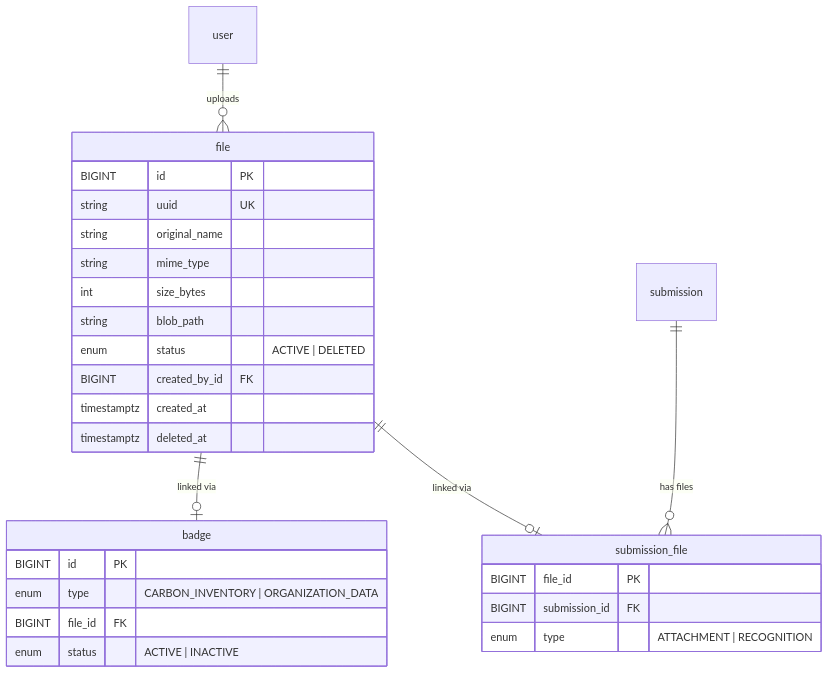
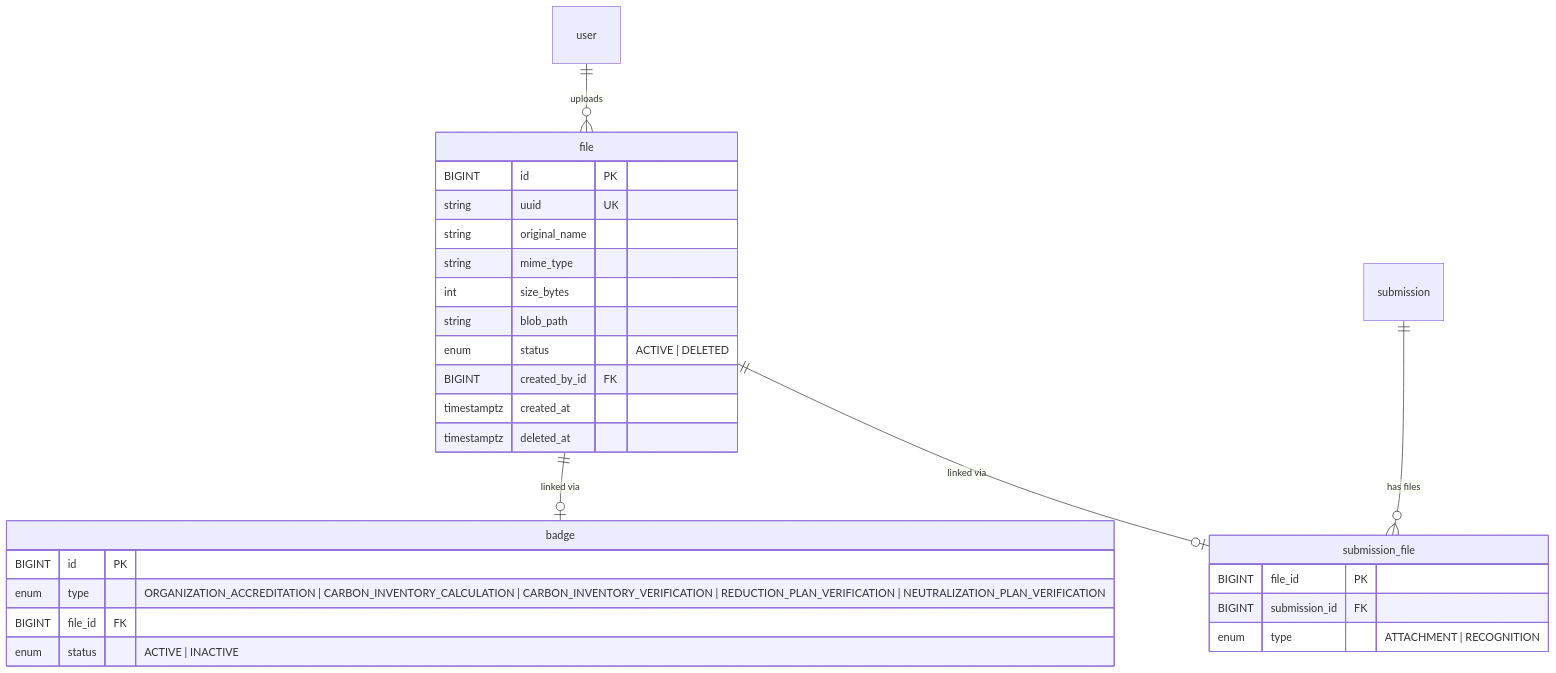
One commit to undp/carbon-footprint-program changed the diagram in docs/Infra/FileStorage.md. Above: the diagram before and after it, drawn with Mermaid. The commit also changed other lines of this file and 5 other files, not shown here.

Commit message:
Refactor: update badge types to include CARBON_INVENTORY_CALCULATION and ORGANIZATION_ACCREDITATION across routes and tests

````diff
--- a/docs/Infra/FileStorage.md
+++ b/docs/Infra/FileStorage.md
@@ -127,33 +127,33 @@
 ```mermaid
 erDiagram
     file {
         BIGINT id PK
         string uuid UK
         string original_name
         string mime_type
         int size_bytes
         string blob_path
         enum status "ACTIVE | DELETED"
         BIGINT created_by_id FK
         timestamptz created_at
         timestamptz deleted_at
     }
 
     badge {
         BIGINT id PK
-        enum type "CARBON_INVENTORY | ORGANIZATION_DATA"
+        enum type "ORGANIZATION_ACCREDITATION | CARBON_INVENTORY_CALCULATION | CARBON_INVENTORY_VERIFICATION | REDUCTION_PLAN_VERIFICATION | NEUTRALIZATION_PLAN_VERIFICATION"
         BIGINT file_id FK
         enum status "ACTIVE | INACTIVE"
     }
 
     submission_file {
         BIGINT file_id PK
         BIGINT submission_id FK
         enum type "ATTACHMENT | RECOGNITION"
     }
 
     file ||--o| badge : "linked via"
     file ||--o| submission_file : "linked via"
     submission ||--o{ submission_file : "has files"
     user ||--o{ file : "uploads"
 ```
````
